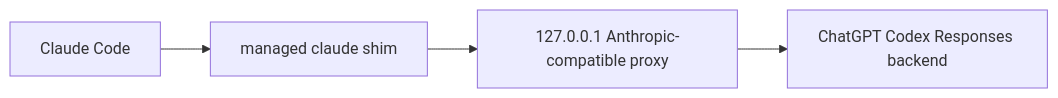
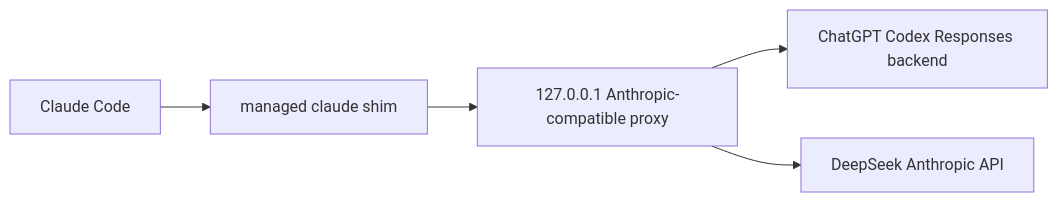
The diagram in README.md (soulforger0/cc-codex-proxy), drawn with Mermaid before and after one commit. The commit also changed other lines of this file and 13 other files, not shown here.

````diff
--- a/README.md
+++ b/README.md
@@ -55,6 +57,7 @@
 ```mermaid
 flowchart LR
   Claude["Claude Code"] --> Shim["managed claude shim"]
   Shim --> Proxy["127.0.0.1 Anthropic-compatible proxy"]
   Proxy --> Codex["ChatGPT Codex Responses backend"]
+  Proxy --> DeepSeek["DeepSeek Anthropic API"]
 ```
````
